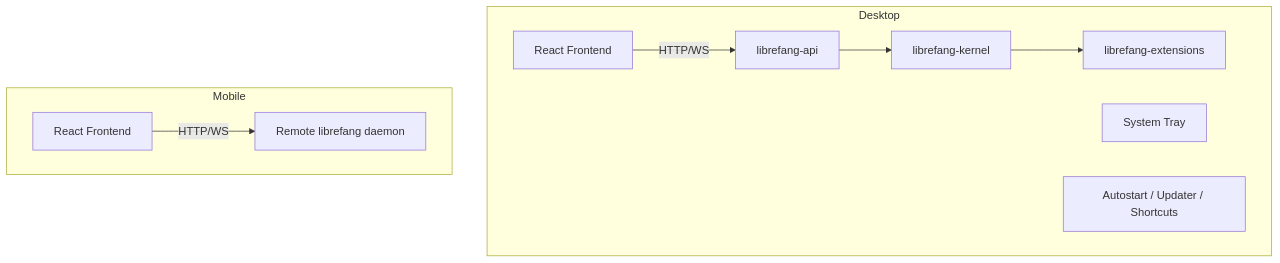
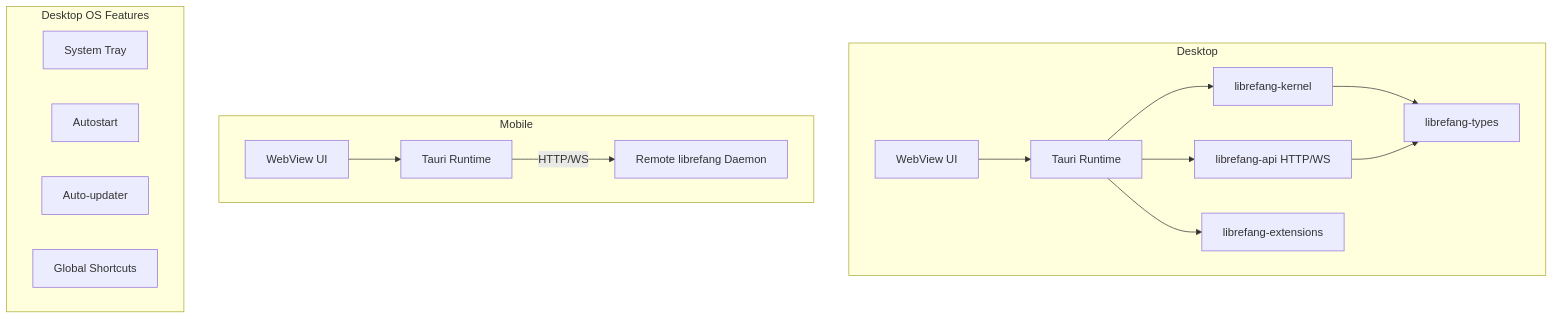
One commit to leszek3737/librefang-WIki changed the diagram in other-librefang-desktop.md. Above: the diagram before and after it, drawn with Mermaid. The commit also changed other lines of this file and 119 other files, not shown here.

````diff
--- a/other-librefang-desktop.md
+++ b/other-librefang-desktop.md
@@ -13,13 +9,21 @@
 ```mermaid
-graph TD
+graph TB
     subgraph Desktop
-        UI[React Frontend] -->|HTTP/WS| API[librefang-api]
-        API --> KERNEL[librefang-kernel]
-        KERNEL --> EXT[librefang-extensions]
-        TRAY[System Tray]
-        AUTO[Autostart / Updater / Shortcuts]
+        UI[WebView UI] --> TAURI[Tauri Runtime]
+        TAURI --> KERNEL[librefang-kernel]
+        TAURI --> API[librefang-api HTTP/WS]
+        TAURI --> EXT[librefang-extensions]
+        KERNEL --> TYPES[librefang-types]
+        API --> TYPES
     end
     subgraph Mobile
-        MUI[React Frontend] -->|HTTP/WS| REMOTE[Remote librefang daemon]
+        MUI[WebView UI] --> MTAURI[Tauri Runtime]
+        MTAURI --> |HTTP/WS| DAEMON[Remote librefang Daemon]
+    end
+    subgraph Desktop OS Features
+        TRAY[System Tray]
+        AUTO[Autostart]
+        UPDATER[Auto-updater]
+        SHORTCUT[Global Shortcuts]
     end
 ```
````
